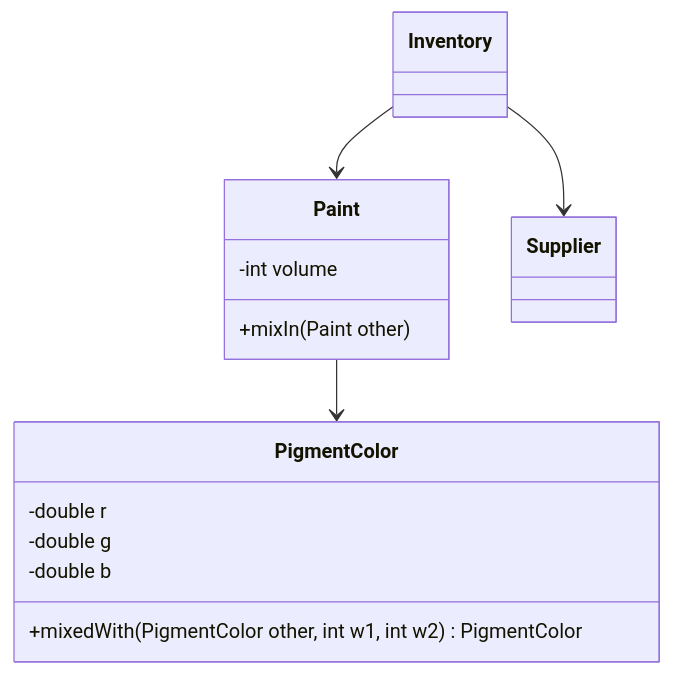
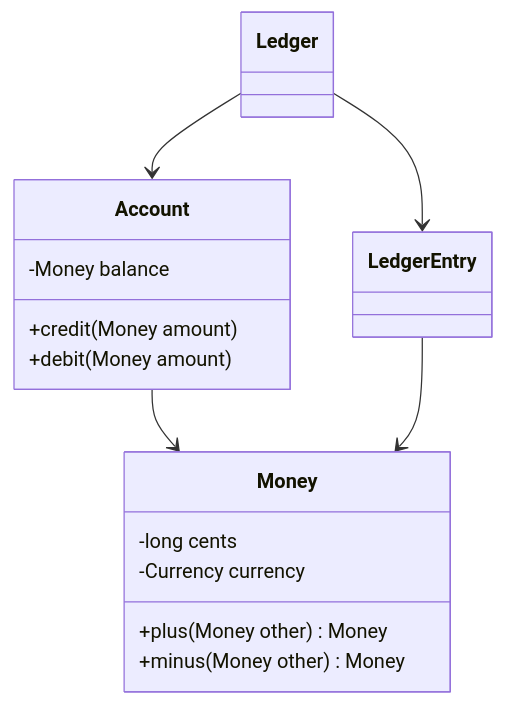
The diagram in docs/design/ddd/supple-design/standalone-classes.md (alancesar/design-patterns), drawn with Mermaid before and after one commit. The commit also changed other lines of this file and 67 other files, not shown here.

First line of the commit message:
Switch DDD examples and diagrams to fintech scenarios

````diff
--- a/docs/design/ddd/supple-design/standalone-classes.md
+++ b/docs/design/ddd/supple-design/standalone-classes.md
@@ -54,18 +54,20 @@
 ```mermaid
 classDiagram
-    class PigmentColor {
-        -double r
-        -double g
-        -double b
-        +mixedWith(PigmentColor other, int w1, int w2) PigmentColor
+    class Money {
+        -long cents
+        -Currency currency
+        +plus(Money other) Money
+        +minus(Money other) Money
     }
-    class Paint {
-        -int volume
-        +mixIn(Paint other)
+    class Account {
+        -Money balance
+        +credit(Money amount)
+        +debit(Money amount)
     }
-    class Inventory
-    class Supplier
-    Paint --> PigmentColor
-    Inventory --> Paint
-    Inventory --> Supplier
+    class Ledger
+    class LedgerEntry
+    Account --> Money
+    Ledger --> Account
+    Ledger --> LedgerEntry
+    LedgerEntry --> Money
 ```
````
